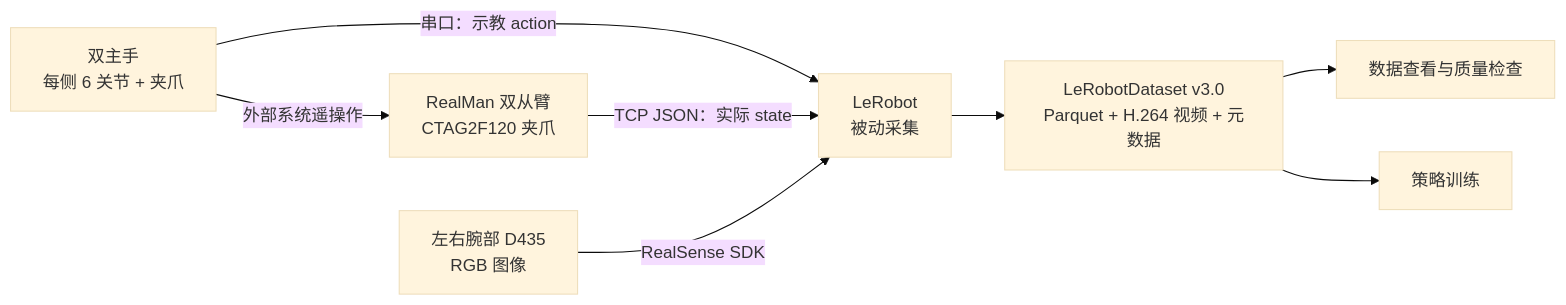
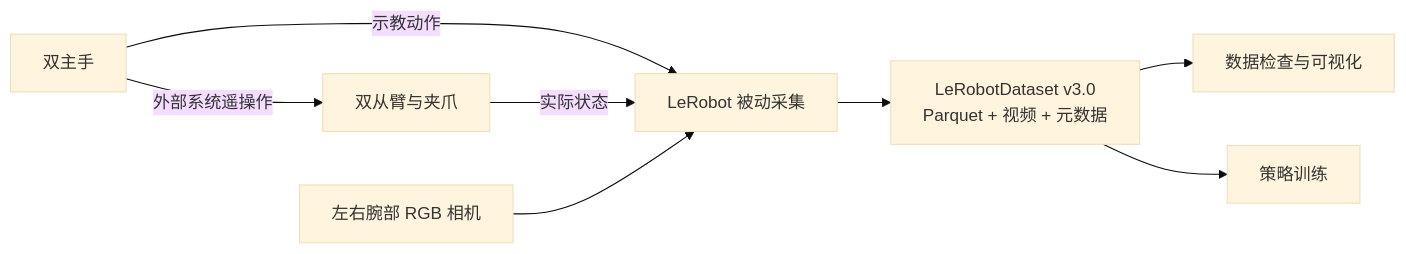
One commit to JIA-Z423/lerobot-realman changed the diagram in README.md. Above: the diagram before and after it, drawn with Mermaid (base theme). The commit also changed other lines of this file and 4 other files, not shown here.

````diff
--- a/README.md
+++ b/README.md
@@ -54,10 +38,10 @@
 ```mermaid
 flowchart LR
-    M["双主手<br/>每侧 6 关节 + 夹爪"] -->|外部系统遥操作| F["RealMan 双从臂<br/>CTAG2F120 夹爪"]
-    M -->|串口：示教 action| R["LeRobot<br/>被动采集"]
-    F -->|TCP JSON：实际 state| R
-    C["左右腕部 D435<br/>RGB 图像"] -->|RealSense SDK| R
-    R --> D["LeRobotDataset v3.0<br/>Parquet + H.264 视频 + 元数据"]
-    D --> V["数据查看与质量检查"]
+    M["双主手"] -->|外部系统遥操作| F["双从臂与夹爪"]
+    M -->|示教动作| R["LeRobot 被动采集"]
+    F -->|实际状态| R
+    C["左右腕部 RGB 相机"] --> R
+    R --> D["LeRobotDataset v3.0<br/>Parquet + 视频 + 元数据"]
+    D --> V["数据检查与可视化"]
     D --> T["策略训练"]
 ```
````
